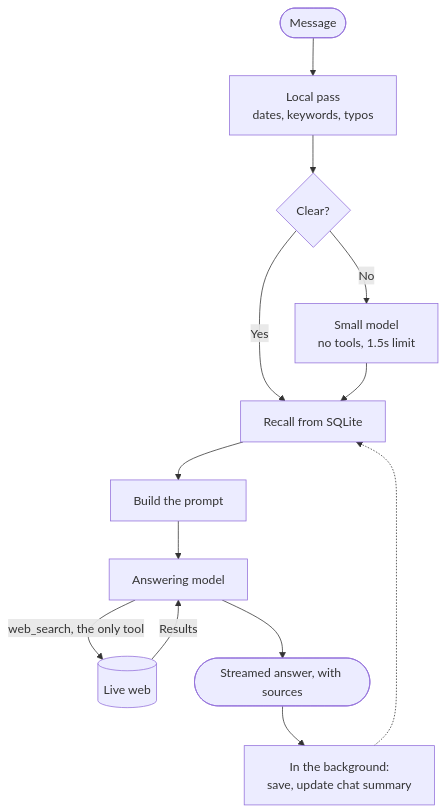
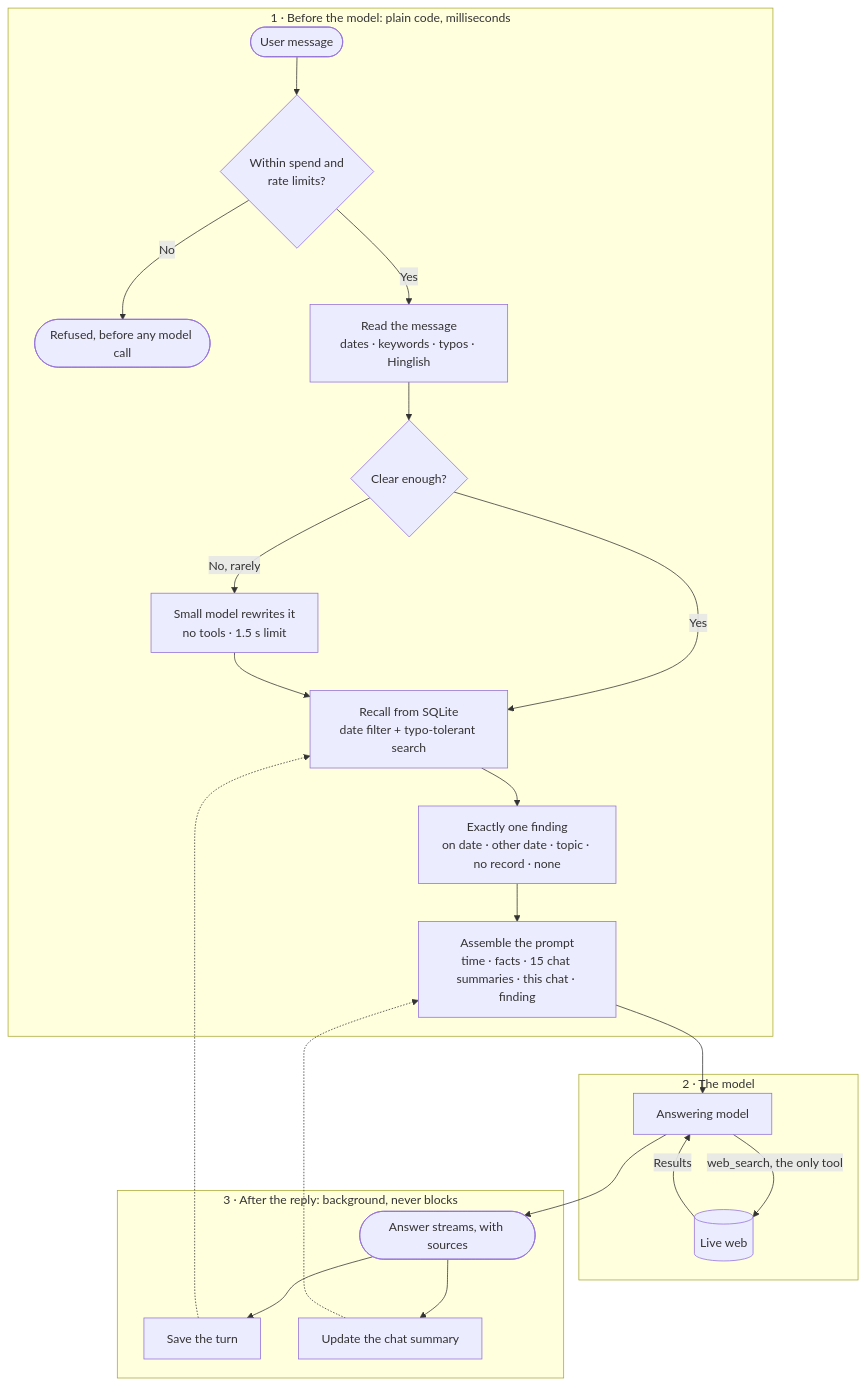
One commit to ShashwatXD/Mino changed the diagram in DESIGN.md. Above: the diagram before and after it, drawn with Mermaid. The commit also changed other lines of this file, not shown here.

Commit message:
updated design doc with full flow, decisions and own examples

````diff
--- a/DESIGN.md
+++ b/DESIGN.md
@@ -9,15 +9,26 @@
 ```mermaid
 flowchart TD
-    A([Message]) --> L["Local pass<br/>dates, keywords, typos"]
-    L --> U{Clear?}
-    U -- No --> S["Small model<br/>no tools, 1.5s limit"]
-    U -- Yes --> R
-    S --> R["Recall from SQLite"]
-    R --> B["Build the prompt"]
-    B --> M["Answering model"]
-    M -- "web_search, the only tool" --> W[(Live web)]
-    W -- Results --> M
-    M --> E([Streamed answer, with sources])
-    E --> Z["In the background:<br/>save, update chat summary"]
-    Z -.-> R
+    subgraph before["1 · Before the model: plain code, milliseconds"]
+        A([User message]) --> G{"Within spend and<br/>rate limits?"}
+        G -- No --> X(["Refused, before any model call"])
+        G -- Yes --> L["Read the message<br/>dates · keywords · typos · Hinglish"]
+        L --> U{"Clear enough?"}
+        U -- "No, rarely" --> S["Small model rewrites it<br/>no tools · 1.5 s limit"]
+        U -- Yes --> R
+        S --> R["Recall from SQLite<br/>date filter + typo-tolerant search"]
+        R --> F["Exactly one finding<br/>on date · other date · topic · no record · none"]
+        F --> P["Assemble the prompt<br/>time · facts · 15 chat summaries · this chat · finding"]
+    end
+    subgraph answer["2 · The model"]
+        P --> M["Answering model"]
+        M -- "web_search, the only tool" --> W[(Live web)]
+        W -- Results --> M
+    end
+    M --> E([Answer streams, with sources])
+    subgraph after["3 · After the reply: background, never blocks"]
+        E --> Z1["Save the turn"]
+        E --> Z2["Update the chat summary"]
+    end
+    Z1 -.-> R
+    Z2 -.-> P
 ```
````
